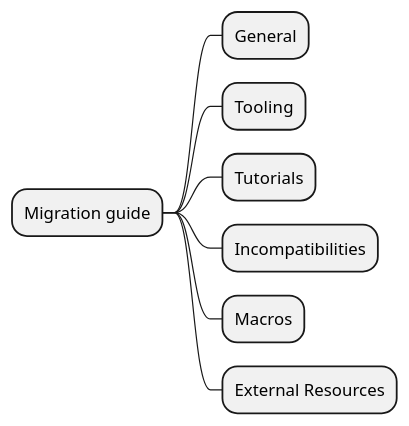
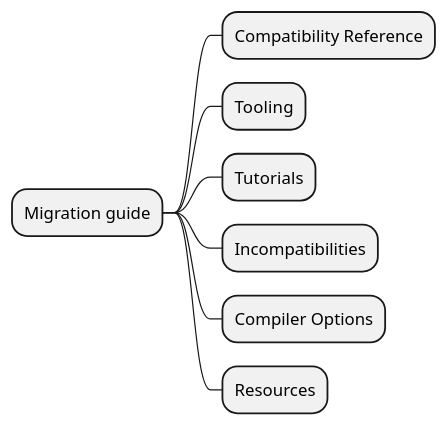
The first of 7 diagrams in docs/step01/04_Migration_guideを俯瞰してみる.md (shinharad/getting-started-with-scala3), drawn with PlantUML before and after one commit. The commit also changed other lines of this file and 6 other files, not shown here.

````diff
--- a/docs/step01/04_Migration_guideを俯瞰してみる.md
+++ b/docs/step01/04_Migration_guideを俯瞰してみる.md
@@ -24,11 +24,11 @@
 ```plantuml
 @startmindmap
 * Migration guide
-** General
+** Compatibility Reference
 ** Tooling
 ** Tutorials
 ** Incompatibilities
-** Macros
-** External Resources
+** Compiler Options
+** Resources
 @endmindmap
 ```
````
